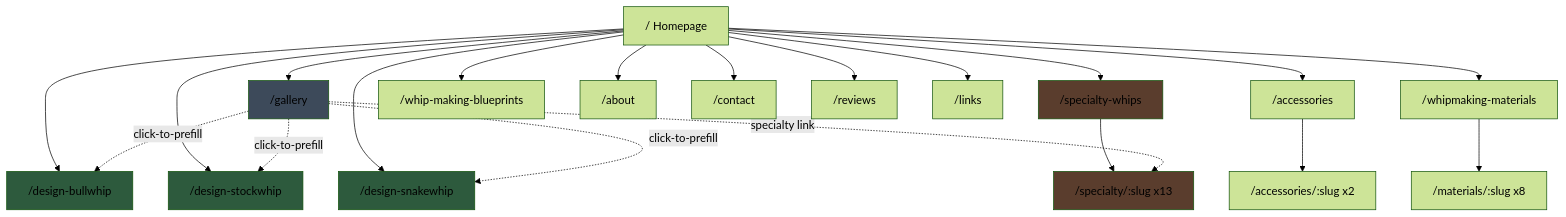
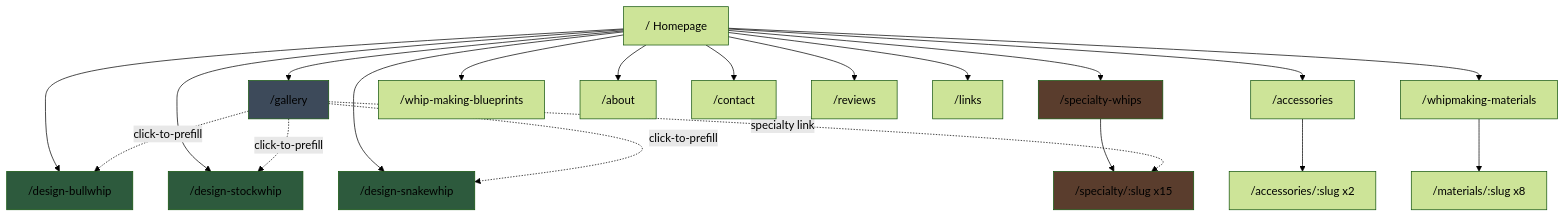
One commit to atfieldson/whipworks.com changed the first of 7 diagrams in architecture.md. Above: the diagram before and after it, drawn with Mermaid (forest theme). The commit also changed other lines of this file and 1 other file, not shown here.

````diff
--- a/architecture.md
+++ b/architecture.md
@@ -8,31 +8,31 @@
 ```mermaid
 graph TD
     HOME["/  Homepage"] --> DESIGN_BW["/design-bullwhip"]
     HOME --> DESIGN_SW["/design-stockwhip"]
     HOME --> DESIGN_SN["/design-snakewhip"]
     HOME --> SPECIALTY["/specialty-whips"]
     HOME --> GALLERY["/gallery"]
     HOME --> ACCESSORIES["/accessories"]
     HOME --> MATERIALS["/whipmaking-materials"]
     HOME --> BLUEPRINTS["/whip-making-blueprints"]
     HOME --> ABOUT["/about"]
     HOME --> CONTACT["/contact"]
     HOME --> REVIEWS["/reviews"]
     HOME --> LINKS["/links"]
 
-    SPECIALTY --> SPEC_DETAIL["/specialty/:slug  x13"]
+    SPECIALTY --> SPEC_DETAIL["/specialty/:slug  x15"]
     ACCESSORIES --> ACC_DETAIL["/accessories/:slug  x2"]
     MATERIALS --> MAT_DETAIL["/materials/:slug  x8"]
 
     GALLERY -. click-to-prefill .-> DESIGN_BW
     GALLERY -. click-to-prefill .-> DESIGN_SW
     GALLERY -. click-to-prefill .-> DESIGN_SN
     GALLERY -. specialty link .-> SPEC_DETAIL
 
     style DESIGN_BW fill:#2d5a3d
     style DESIGN_SW fill:#2d5a3d
     style DESIGN_SN fill:#2d5a3d
     style SPECIALTY fill:#5a3d2d
     style SPEC_DETAIL fill:#5a3d2d
     style GALLERY fill:#3d4a5a
 ```
````
